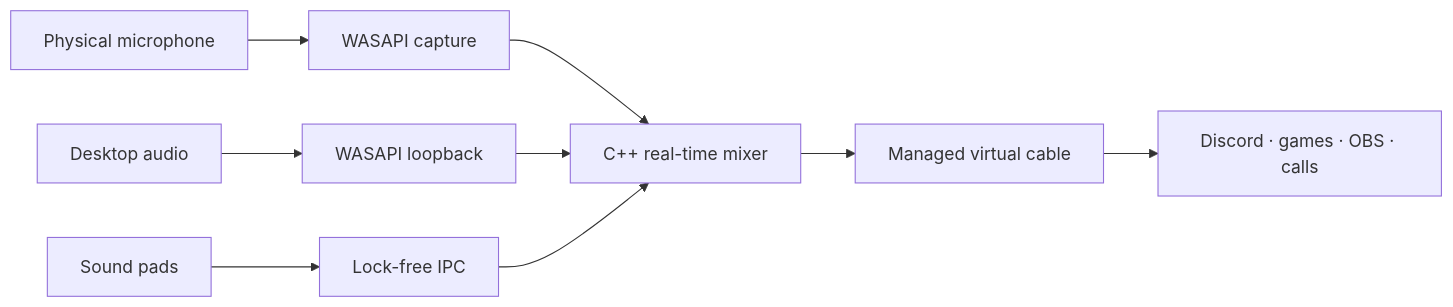
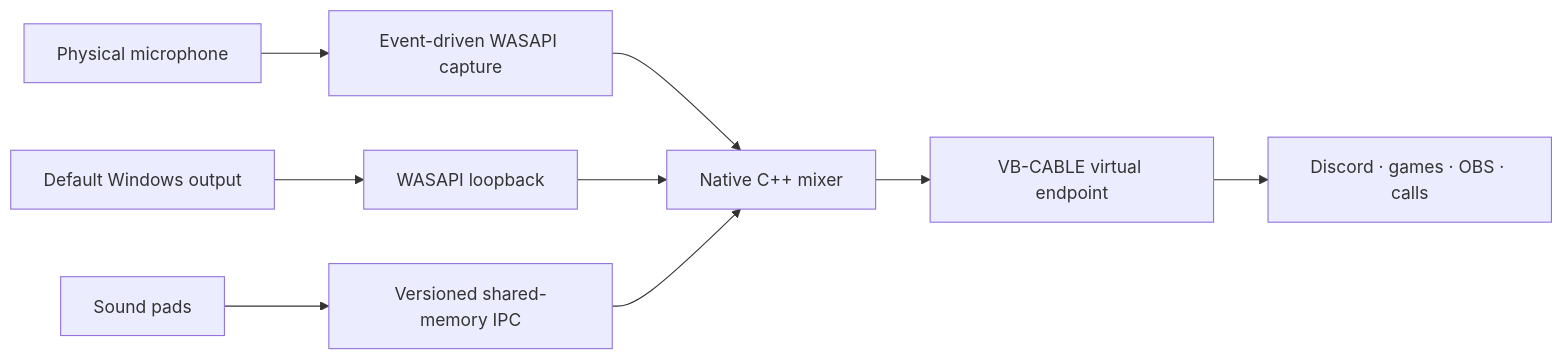
Before and after one commit to 3godzinyL/MicDeck: the diagram in README.md, drawn with Mermaid. The commit also changed other lines of this file and 1 other file, not shown here.

````diff
--- a/README.md
+++ b/README.md
@@ -130,11 +126,11 @@
 ```mermaid
 flowchart LR
-  mic["Physical microphone"] --> capture["WASAPI capture"]
-  desktop["Desktop audio"] --> loopback["WASAPI loopback"]
-  pads["Sound pads"] --> ipc["Lock-free IPC"]
-  capture --> mixer["C++ real-time mixer"]
+  mic["Physical microphone"] --> capture["Event-driven WASAPI capture"]
+  desktop["Default Windows output"] --> loopback["WASAPI loopback"]
+  pads["Sound pads"] --> ipc["Versioned shared-memory IPC"]
+  capture --> mixer["Native C++ mixer"]
   loopback --> mixer
   ipc --> mixer
-  mixer --> cable["Managed virtual cable"]
+  mixer --> cable["VB-CABLE virtual endpoint"]
   cable --> chat["Discord · games · OBS · calls"]
 ```
````
